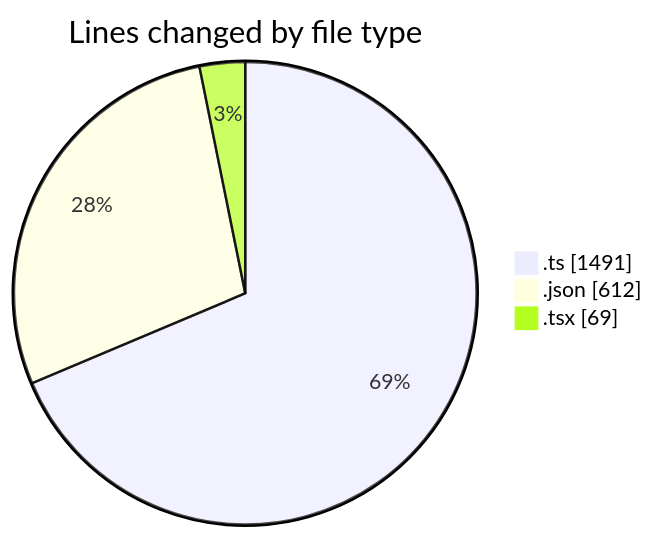
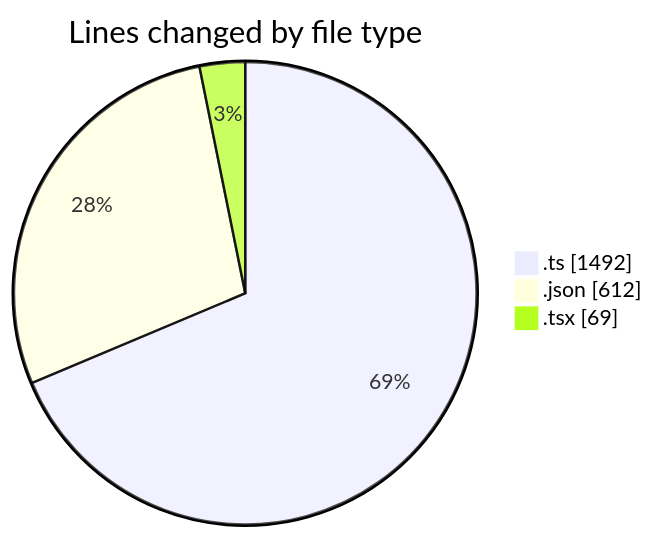
The first of 2 diagrams in 2025-10-22/cda/README.md (momahboobian/code-tracking), drawn with Mermaid before and after one commit. The commit also changed other lines of this file and 1 other file, not shown here.

````diff
--- a/2025-10-22/cda/README.md
+++ b/2025-10-22/cda/README.md
@@ -28,7 +28,7 @@
 ```mermaid
 pie showData
 title Lines changed by file type
-".ts" : 1491
+".ts" : 1492
 ".json" : 612
 ".tsx" : 69
 ```
````
